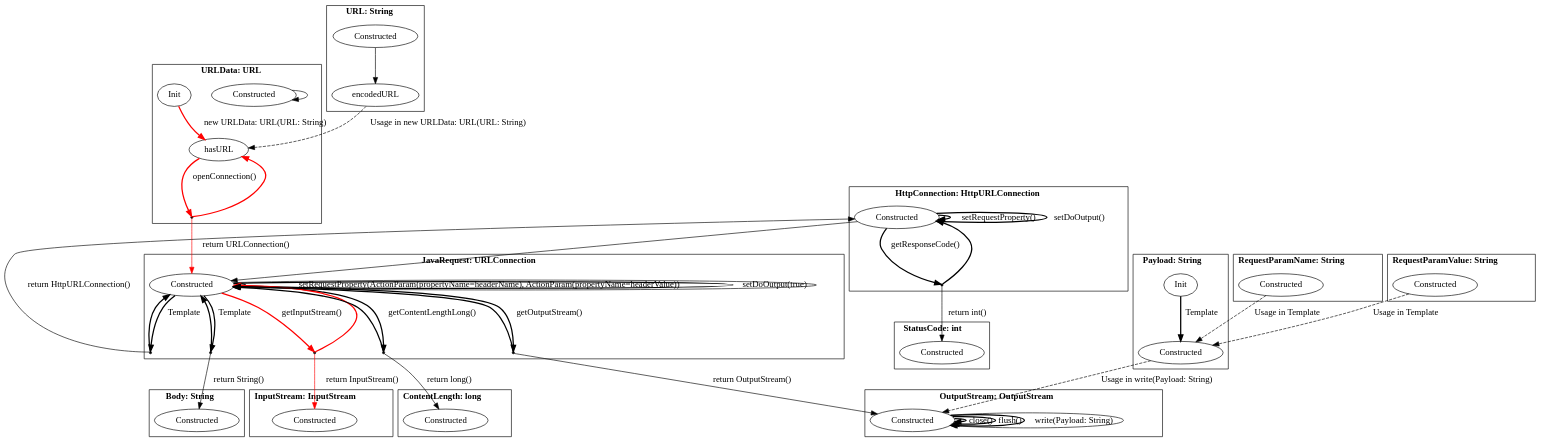
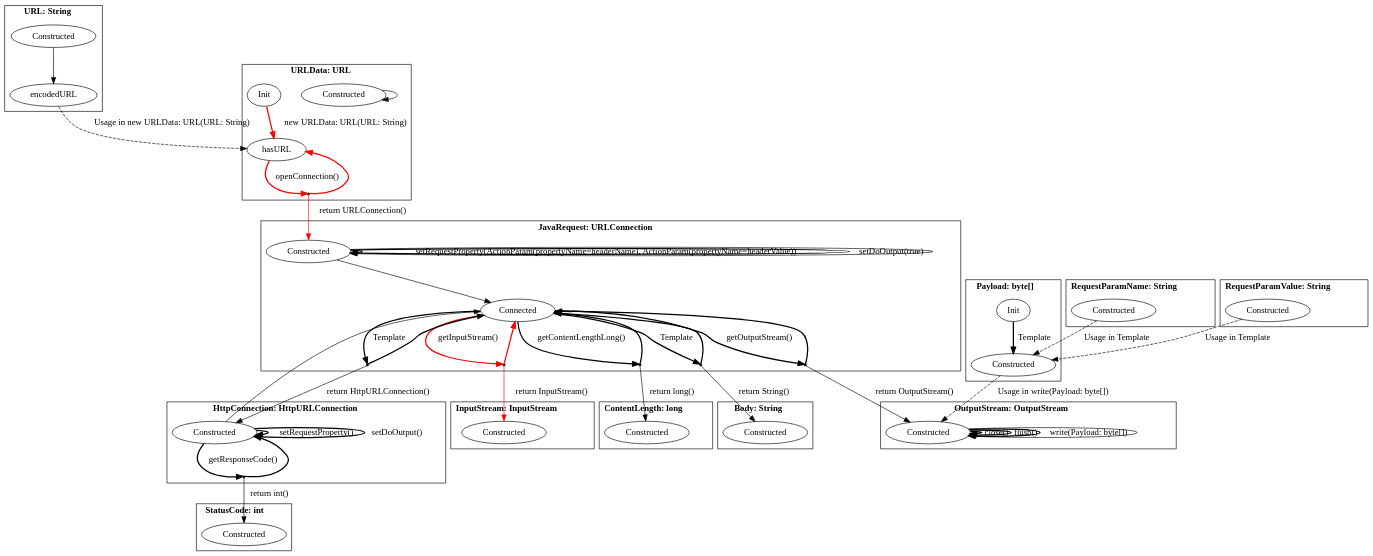
Before and after one commit to h31/LibraryMigration: the diagram in pictures/extracted_java.dot, drawn with Graphviz. The commit also changed 13 other files, not shown here.

```diff
--- a/pictures/extracted_java.dot
+++ b/pictures/extracted_java.dot
@@ -1,101 +1,103 @@
 digraph G {
     bgcolor="transparent";
     subgraph cluster0 {
     label = <<B>URL: String</B>>;
         Constructed_URL [ label="Constructed" ];
         encodedURL_URL [ label="encodedURL" ];
     }
     subgraph cluster1 {
     label = <<B>URLData: URL</B>>;
         Constructed_URLData [ label="Constructed" ];
         hasURL_URLData [ label="hasURL" ];
         Init_URLData [ label="Init" ];
         virtual0 [ shape = point ];
     }
     subgraph cluster2 {
     label = <<B>JavaRequest: URLConnection</B>>;
         Constructed_JavaRequest [ label="Constructed" ];
+        Connected_JavaRequest [ label="Connected" ];
         virtual1 [ shape = point ];
         virtual2 [ shape = point ];
         virtual3 [ shape = point ];
         virtual4 [ shape = point ];
         virtual5 [ shape = point ];
     }
     subgraph cluster3 {
     label = <<B>Body: String</B>>;
         Constructed_Body [ label="Constructed" ];
     }
     subgraph cluster4 {
     label = <<B>InputStream: InputStream</B>>;
         Constructed_InputStream [ label="Constructed" ];
     }
     subgraph cluster5 {
     label = <<B>ContentLength: long</B>>;
         Constructed_ContentLength [ label="Constructed" ];
     }
     subgraph cluster6 {
     label = <<B>StatusCode: int</B>>;
         Constructed_StatusCode [ label="Constructed" ];
     }
     subgraph cluster7 {
     label = <<B>HttpConnection: HttpURLConnection</B>>;
         Constructed_HttpConnection [ label="Constructed" ];
         virtual6 [ shape = point ];
     }
     subgraph cluster8 {
     label = <<B>OutputStream: OutputStream</B>>;
         Constructed_OutputStream [ label="Constructed" ];
     }
     subgraph cluster9 {
-    label = <<B>Payload: String</B>>;
+    label = <<B>Payload: byte[]</B>>;
         Constructed_Payload [ label="Constructed" ];
         Init_Payload [ label="Init" ];
     }
     subgraph cluster10 {
     label = <<B>RequestParamName: String</B>>;
         Constructed_RequestParamName [ label="Constructed" ];
     }
     subgraph cluster11 {
     label = <<B>RequestParamValue: String</B>>;
         Constructed_RequestParamValue [ label="Constructed" ];
     }
         Constructed_URL -> encodedURL_URL [ label="", style = "solid"  ];
         encodedURL_URL -> hasURL_URLData [ label="Usage in new URLData: URL(URL: String)", style = "dashed"  ];
         Init_URLData -> hasURL_URLData [ label="new URLData: URL(URL: String)", style = "bold" , color = red ];
         hasURL_URLData -> virtual0 [ style = "bold" label="openConnection()" , color = red ];
         virtual0 -> hasURL_URLData [ style = "bold" , color = red ];
         virtual0 -> Constructed_JavaRequest [ label="return URLConnection()" , color = red ];
         Constructed_URLData -> Constructed_URLData [ label="", style = "solid"  ];
-        Constructed_JavaRequest -> virtual1 [ style = "bold" label="Template"  ];
-        virtual1 -> Constructed_JavaRequest [ style = "bold"  ];
+        Constructed_JavaRequest -> Connected_JavaRequest [ label="", style = "solid"  ];
+        Connected_JavaRequest -> virtual1 [ style = "bold" label="Template"  ];
+        virtual1 -> Connected_JavaRequest [ style = "bold"  ];
         virtual1 -> Constructed_Body [ label="return String()"  ];
-        Constructed_JavaRequest -> virtual2 [ style = "bold" label="getInputStream()" , color = red ];
-        virtual2 -> Constructed_JavaRequest [ style = "bold" , color = red ];
+        Connected_JavaRequest -> virtual2 [ style = "bold" label="getInputStream()" , color = red ];
+        virtual2 -> Connected_JavaRequest [ style = "bold" , color = red ];
         virtual2 -> Constructed_InputStream [ label="return InputStream()" , color = red ];
         Constructed_JavaRequest -> Constructed_JavaRequest [ label="setRequestProperty(ActionParam(propertyName&#x3D;headerName), ActionParam(propertyName&#x3D;headerValue))", style = "bold"  ];
         Constructed_JavaRequest -> Constructed_JavaRequest [ label="setDoOutput(true)", style = "bold"  ];
-        Constructed_JavaRequest -> virtual3 [ style = "bold" label="getContentLengthLong()"  ];
-        virtual3 -> Constructed_JavaRequest [ style = "bold"  ];
+        Connected_JavaRequest -> virtual3 [ style = "bold" label="getContentLengthLong()"  ];
+        virtual3 -> Connected_JavaRequest [ style = "bold"  ];
         virtual3 -> Constructed_ContentLength [ label="return long()"  ];
-        Constructed_JavaRequest -> virtual4 [ style = "bold" label="getOutputStream()"  ];
-        virtual4 -> Constructed_JavaRequest [ style = "bold"  ];
+        Connected_JavaRequest -> virtual4 [ style = "bold" label="getOutputStream()"  ];
+        virtual4 -> Connected_JavaRequest [ style = "bold"  ];
         virtual4 -> Constructed_OutputStream [ label="return OutputStream()"  ];
-        Constructed_JavaRequest -> virtual5 [ style = "bold" label="Template"  ];
-        virtual5 -> Constructed_JavaRequest [ style = "bold"  ];
+        Connected_JavaRequest -> virtual5 [ style = "bold" label="Template"  ];
+        virtual5 -> Connected_JavaRequest [ style = "bold"  ];
         virtual5 -> Constructed_HttpConnection [ label="return HttpURLConnection()"  ];
         Constructed_JavaRequest -> Constructed_JavaRequest [ label="", style = "solid"  ];
-        Constructed_HttpConnection -> Constructed_JavaRequest [ label="", style = "solid"  ];
+        Constructed_HttpConnection -> Connected_JavaRequest [ label="", style = "solid"  ];
         Constructed_HttpConnection -> virtual6 [ style = "bold" label="getResponseCode()"  ];
         virtual6 -> Constructed_HttpConnection [ style = "bold"  ];
         virtual6 -> Constructed_StatusCode [ label="return int()"  ];
         Constructed_HttpConnection -> Constructed_HttpConnection [ label="setRequestProperty()", style = "bold"  ];
         Constructed_HttpConnection -> Constructed_HttpConnection [ label="setDoOutput()", style = "bold"  ];
         Constructed_OutputStream -> Constructed_OutputStream [ label="close()", style = "bold"  ];
         Constructed_OutputStream -> Constructed_OutputStream [ label="flush()", style = "bold"  ];
-        Constructed_OutputStream -> Constructed_OutputStream [ label="write(Payload: String)", style = "bold"  ];
+        Constructed_OutputStream -> Constructed_OutputStream [ label="write(Payload: byte[])", style = "bold"  ];
         Constructed_OutputStream -> Constructed_OutputStream [ label="", style = "solid"  ];
         Init_Payload -> Constructed_Payload [ label="Template", style = "bold"  ];
-        Constructed_Payload -> Constructed_OutputStream [ label="Usage in write(Payload: String)", style = "dashed"  ];
+        Constructed_Payload -> Constructed_OutputStream [ label="Usage in write(Payload: byte[])", style = "dashed"  ];
         Constructed_RequestParamName -> Constructed_Payload [ label="Usage in Template", style = "dashed"  ];
         Constructed_RequestParamValue -> Constructed_Payload [ label="Usage in Template", style = "dashed"  ];
 }
```
